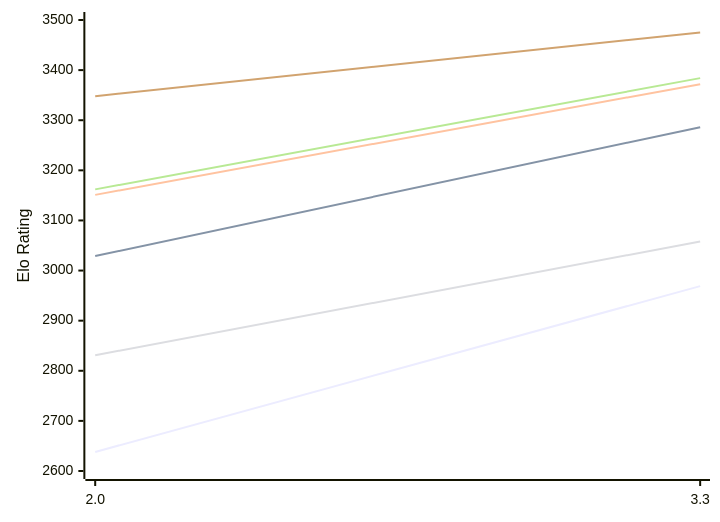
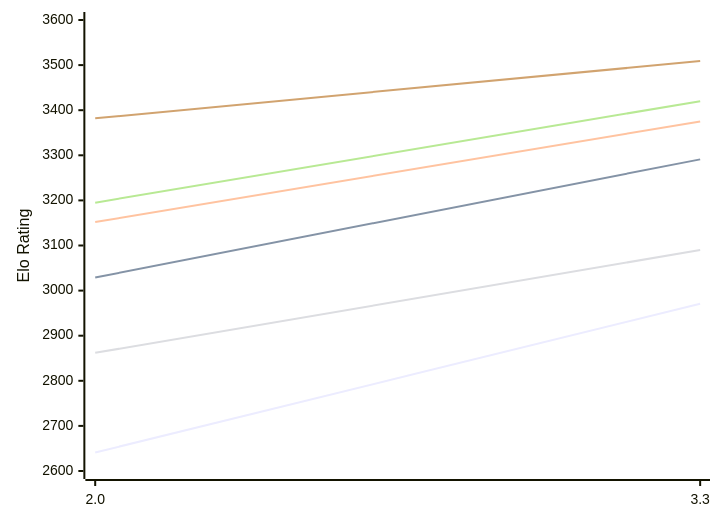
One commit to computer-chess-index/cci changed the first of 2 diagrams in engines/Ceylondemon.md. Above: the diagram before and after it, drawn with Mermaid. The commit also changed other lines of this file, not shown here.

Commit message:
Update CCI Ratings (ELO VLTC) - 2026-11-05

````diff
--- a/engines/Ceylondemon.md
+++ b/engines/Ceylondemon.md
@@ -50,12 +50,12 @@
 ```mermaid
 %%{init: {"theme":"base","themeVariables":{"seriesColors:['#a3a3a3','#222221','#faa371']}}}%%
 xychart-beta
   x-axis ["2.0", "3.3"]
-  y-axis "Elo Rating" 2600 --> 3500
-  line "E1: STC (8.0+0.08s)" [2638, 2969]
-  line "E1: LTC (60.0+0.60s)" [3029, 3286]
-  line "E1: VLTC (2m24s+1.12s)" [3151, 3372]
-  line "P1: STC (8.0+0.08s)" [2831, 3058]
-  line "P1: LTC (60.0+0.60s)" [3162, 3384]
-  line "P1: VLTC (2m24s+1.12s)" [3348, 3475]
+  y-axis "Elo Rating" 2600 --> 3600
+  line "E1: STC (8.0+0.08s)" [2641, 2971]
+  line "E1: LTC (60.0+0.60s)" [3029, 3291]
+  line "E1: VLTC (2m24s+1.12s)" [3152, 3375]
+  line "P1: STC (8.0+0.08s)" [2862, 3090]
+  line "P1: LTC (60.0+0.60s)" [3195, 3420]
+  line "P1: VLTC (2m24s+1.12s)" [3382, 3509]
 ```
````
